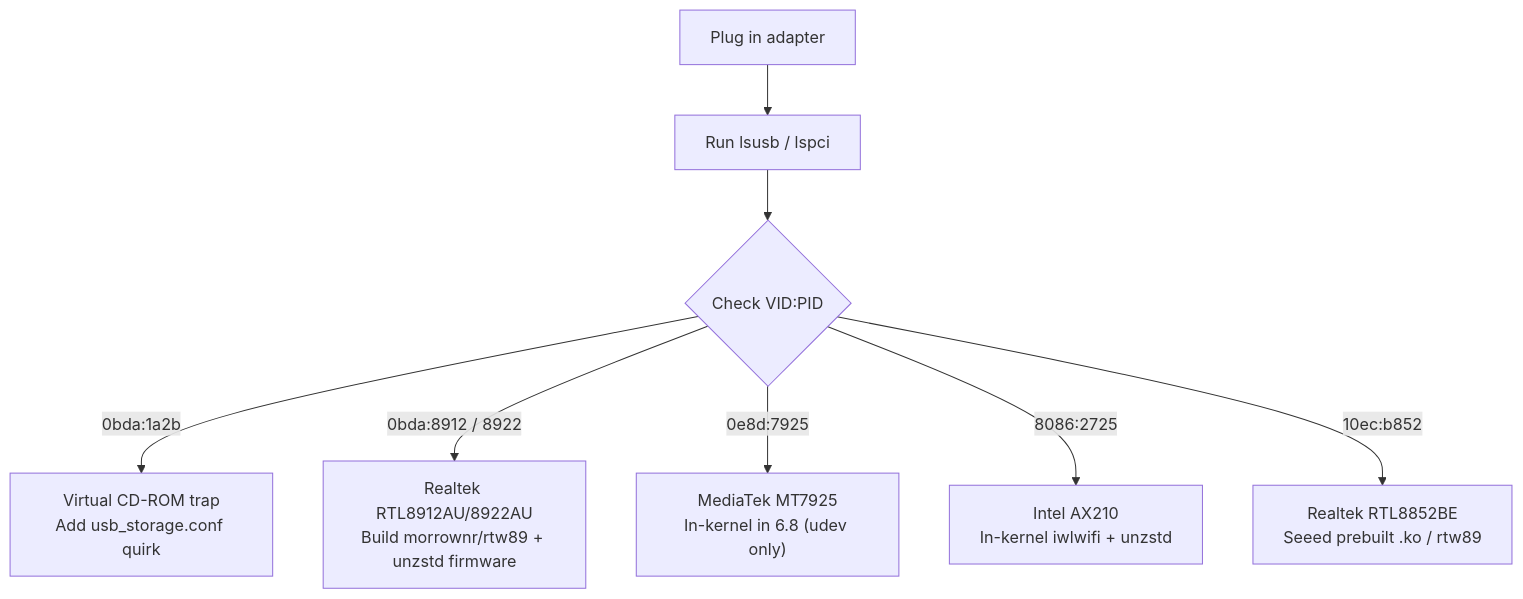
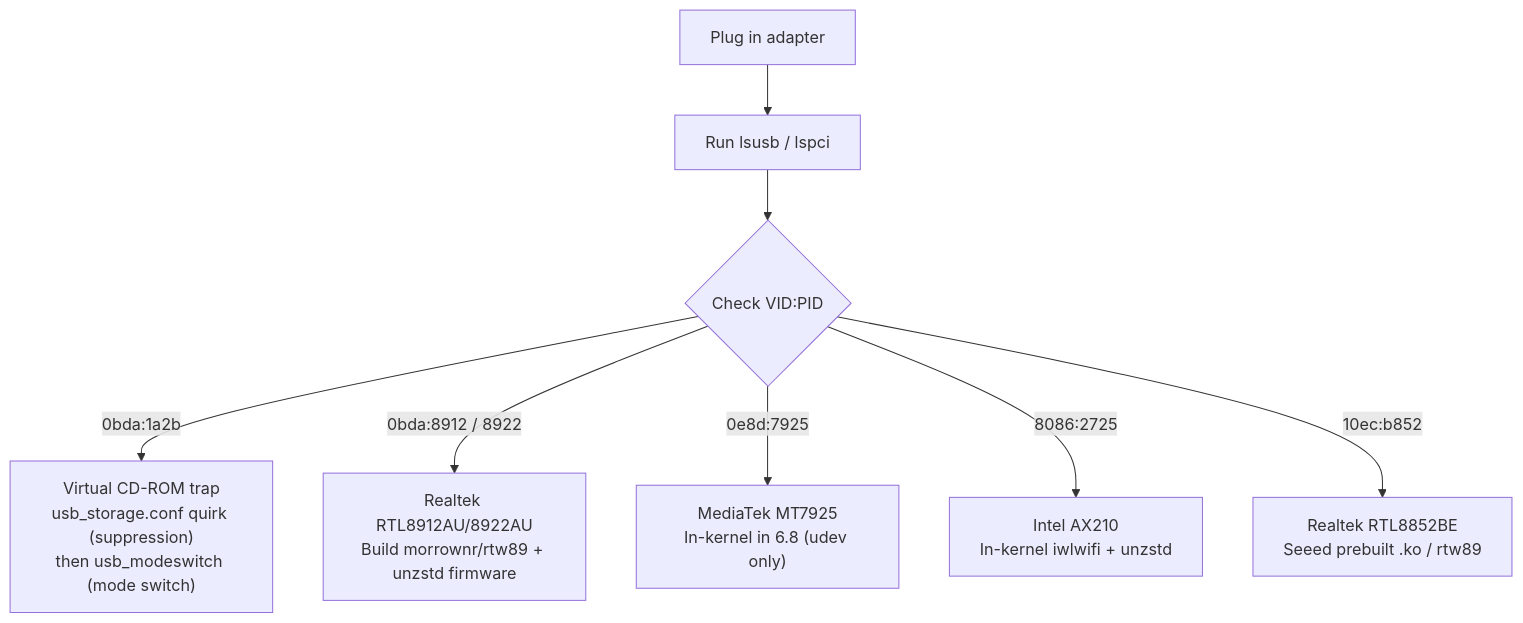
Before and after one commit to NVIDIA-AI-IOT/jetson-ai-lab: the diagram in src/content/tutorials/setup/wifi7-on-jetson.mdx, drawn with Mermaid. The commit also changed other lines of this file, not shown here.

````diff
--- a/src/content/tutorials/setup/wifi7-on-jetson.mdx
+++ b/src/content/tutorials/setup/wifi7-on-jetson.mdx
@@ -34,10 +34,10 @@
 ```mermaid
 flowchart TD
     A["Plug in adapter"] --> B["Run lsusb / lspci"]
     B --> C{"Check VID:PID"}
-    C -- "0bda:1a2b" --> D["Virtual CD-ROM trap<br/>Add usb_storage.conf quirk"]
+    C -- "0bda:1a2b" --> D["Virtual CD-ROM trap<br/>usb_storage.conf quirk (suppression)<br/>then usb_modeswitch (mode switch)"]
     C -- "0bda:8912 / 8922" --> E["Realtek RTL8912AU/8922AU<br/>Build morrownr/rtw89 + unzstd firmware"]
     C -- "0e8d:7925" --> F["MediaTek MT7925<br/>In-kernel in 6.8 (udev only)"]
     C -- "8086:2725" --> G["Intel AX210<br/>In-kernel iwlwifi + unzstd"]
     C -- "10ec:b852" --> H["Realtek RTL8852BE<br/>Seeed prebuilt .ko / rtw89"]
 ```
````
